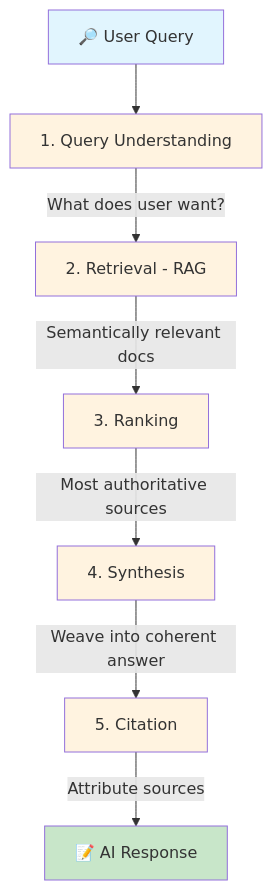
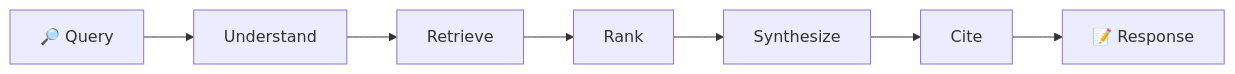
One commit to ajing/ajing.github.io changed the second of 6 diagrams in _posts/2026-01-03-generative-engine-optimization-geo.md. Above: the diagram before and after it, drawn with Mermaid. The commit also changed other lines of this file and 16 other files, not shown here.

Commit message:
Improve Mermaid diagrams: more compact layout and cleaner default theme

```diff
--- a/_posts/2026-01-03-generative-engine-optimization-geo.md
+++ b/_posts/2026-01-03-generative-engine-optimization-geo.md
@@ -46,17 +40,4 @@
 <div class="mermaid">
-flowchart TD
-    Q[🔎 User Query] --> U[1. Query Understanding]
-    U -->|"What does user want?"| R[2. Retrieval - RAG]
-    R -->|"Semantically relevant docs"| K[3. Ranking]
-    K -->|"Most authoritative sources"| S[4. Synthesis]
-    S -->|"Weave into coherent answer"| C[5. Citation]
-    C -->|"Attribute sources"| A[📝 AI Response]
-    
-    style Q fill:#e1f5fe
-    style A fill:#c8e6c9
-    style U fill:#fff3e0
-    style R fill:#fff3e0
-    style K fill:#fff3e0
-    style S fill:#fff3e0
-    style C fill:#fff3e0
+flowchart LR
+    Q[🔎 Query] --> U[Understand] --> R[Retrieve] --> K[Rank] --> S[Synthesize] --> C[Cite] --> A[📝 Response]
 </div>
```
